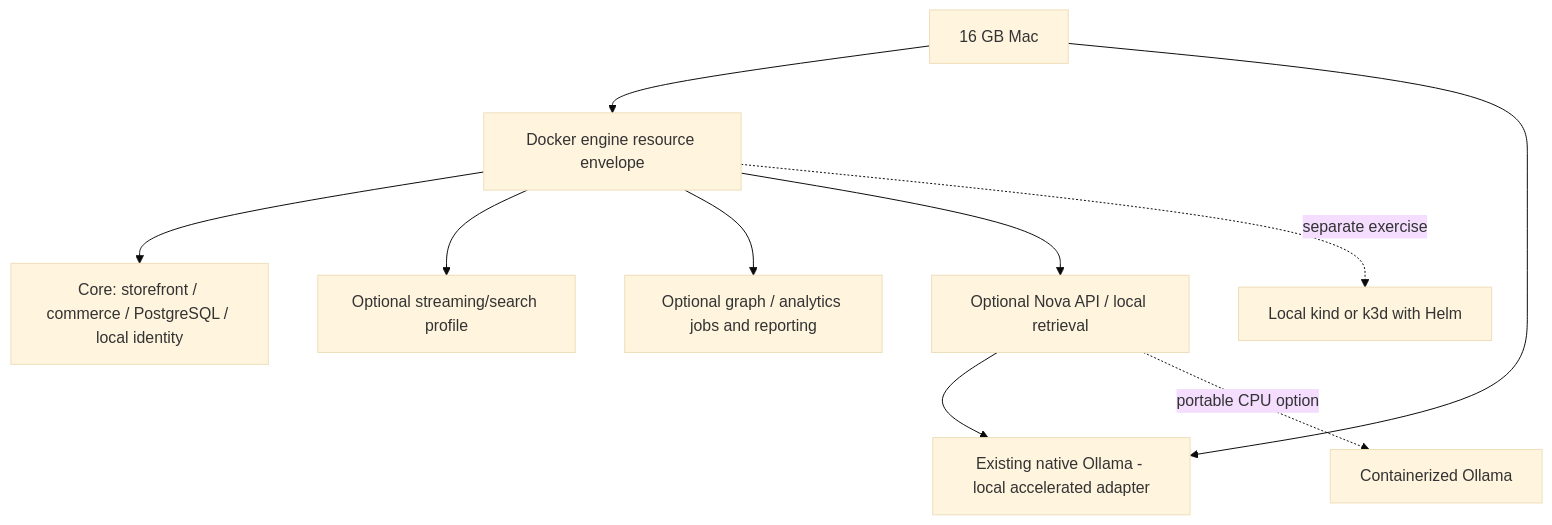
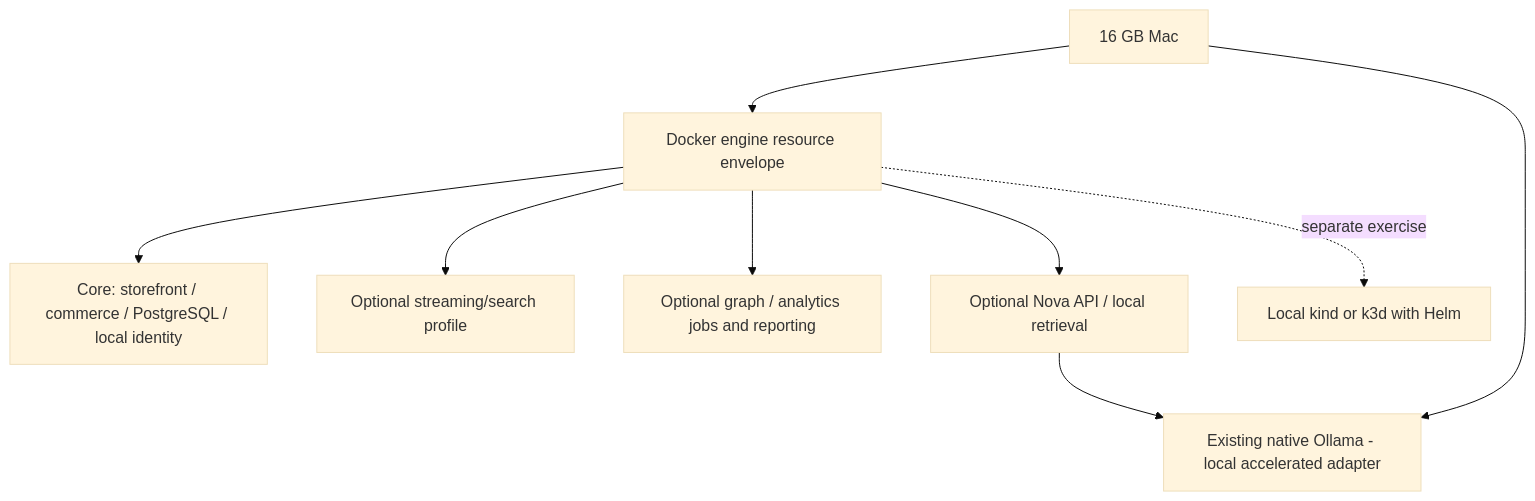
The fourth of 4 diagrams in design/S1-M01/architecture.md (mentorabhi/mentorabhi-ecommerce), drawn with Mermaid (base theme) before and after one commit. The commit also changed other lines of this file and 69 other files, not shown here.

````diff
--- a/design/S1-M01/architecture.md
+++ b/design/S1-M01/architecture.md
@@ -135,13 +135,12 @@
 ```mermaid
 flowchart TB
   MAC[16 GB Mac]
   MAC --> DOCKER[Docker engine resource envelope]
   MAC --> OLLAMA[Existing native Ollama - local accelerated adapter]
   DOCKER --> CORE[Core: storefront / commerce / PostgreSQL / local identity]
   DOCKER --> STREAM[Optional streaming/search profile]
   DOCKER --> DATA[Optional graph / analytics jobs and reporting]
   DOCKER --> AGENT[Optional Nova API / local retrieval]
   AGENT --> OLLAMA
-  AGENT -. portable CPU option .-> OC[Containerized Ollama]
   DOCKER -. separate exercise .-> K8S[Local kind or k3d with Helm]
 ```
````
